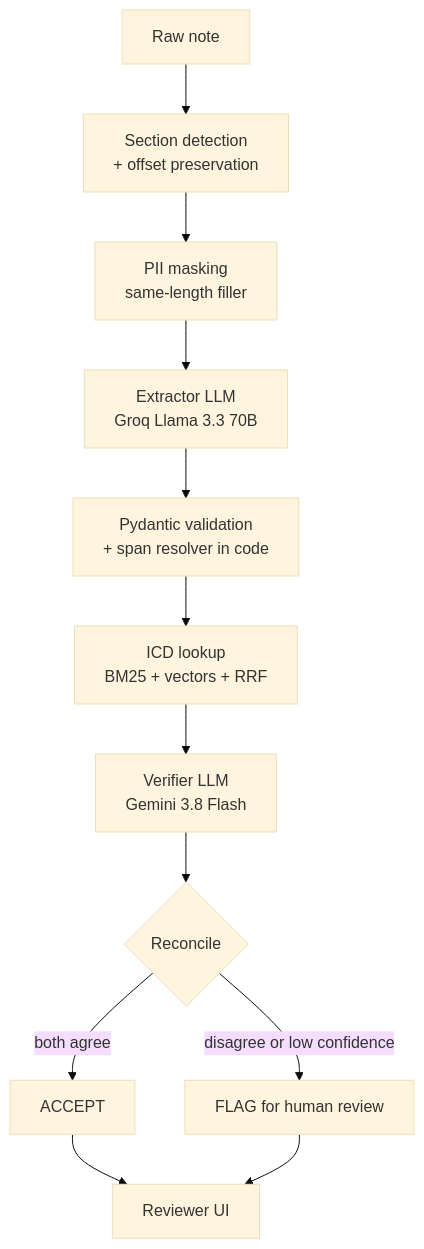
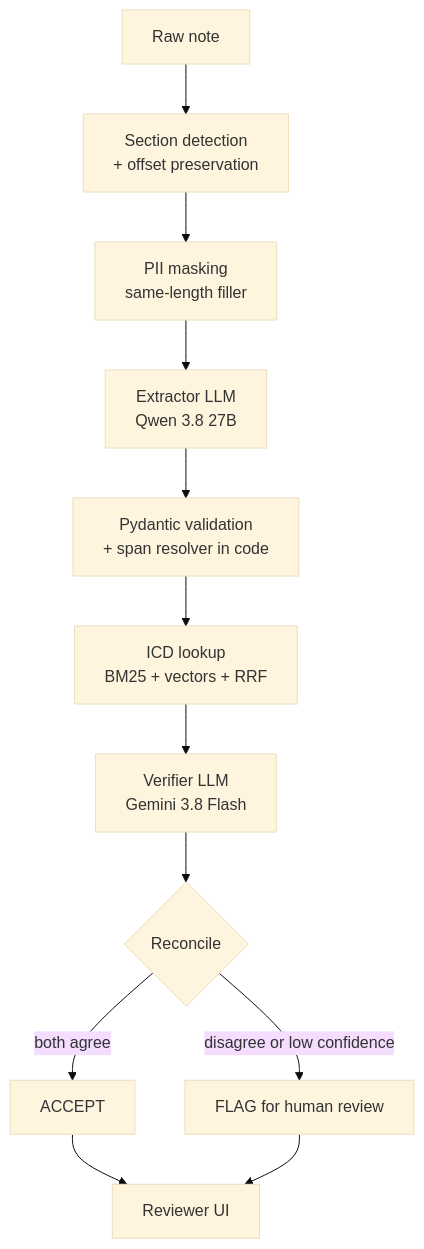
Before and after one commit to shaswatdalai/-AI-Powered-Clinical-Note-Extraction-and-Coding-Agent-MVP: the second of 3 diagrams in ARCHITECTURE.md, drawn with Mermaid (base theme). The commit also changed other lines of this file and 4 other files, not shown here.

Commit message:
feat: Pydantic extraction schema + 17 tests

````diff
--- a/ARCHITECTURE.md
+++ b/ARCHITECTURE.md
@@ -56,14 +56,14 @@
 ```mermaid
 flowchart TD
     A[Raw note] --> B[Section detection<br/>+ offset preservation]
     B --> C[PII masking<br/>same-length filler]
-    C --> D[Extractor LLM<br/>Groq Llama 3.3 70B]
+    C --> D[Extractor LLM<br/>Qwen 3.8 27B]
     D --> E[Pydantic validation<br/>+ span resolver in code]
     E --> F[ICD lookup<br/>BM25 + vectors + RRF]
     F --> G[Verifier LLM<br/>Gemini 3.8 Flash]
     G --> H{Reconcile}
     H -->|both agree| ACC[ACCEPT]
     H -->|disagree or low confidence| FLAG[FLAG for human review]
     ACC --> UI[Reviewer UI]
     FLAG --> UI
 ```
````
